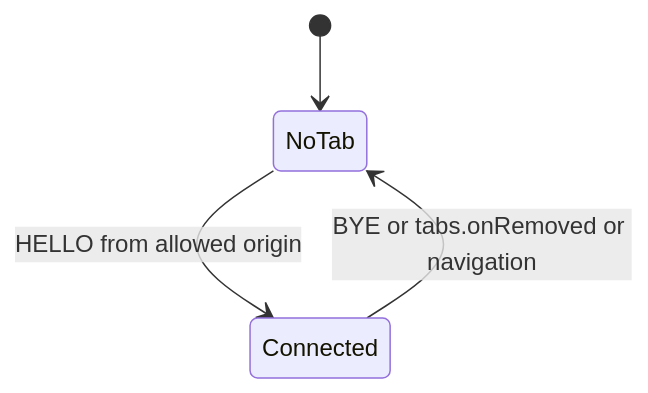
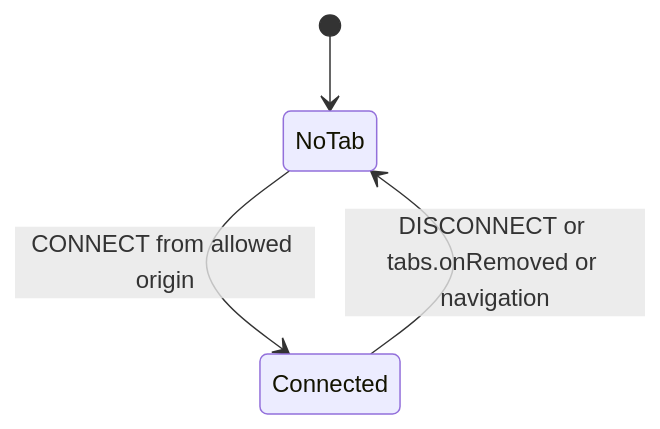
Before and after one commit to webex/webex-js-sdk: the third of 3 diagrams in packages/@webex/web-extension-bridge/src/extension/docs/README.md, drawn with Mermaid. The commit also changed other lines of this file and 2 other files, not shown here.

Commit message:
docs(web-extension-bridge): correct Stage 0 SeenIds and worker lifecycle wording (SPARK-853132)

````diff
--- a/packages/@webex/web-extension-bridge/src/extension/docs/README.md
+++ b/packages/@webex/web-extension-bridge/src/extension/docs/README.md
@@ -209,6 +209,6 @@
 ```mermaid
 stateDiagram-v2
   [*] --> NoTab
-  NoTab --> Connected: HELLO from allowed origin
-  Connected --> NoTab: BYE or tabs.onRemoved or navigation
+  NoTab --> Connected: CONNECT from allowed origin
+  Connected --> NoTab: DISCONNECT or tabs.onRemoved or navigation
 ```
````
